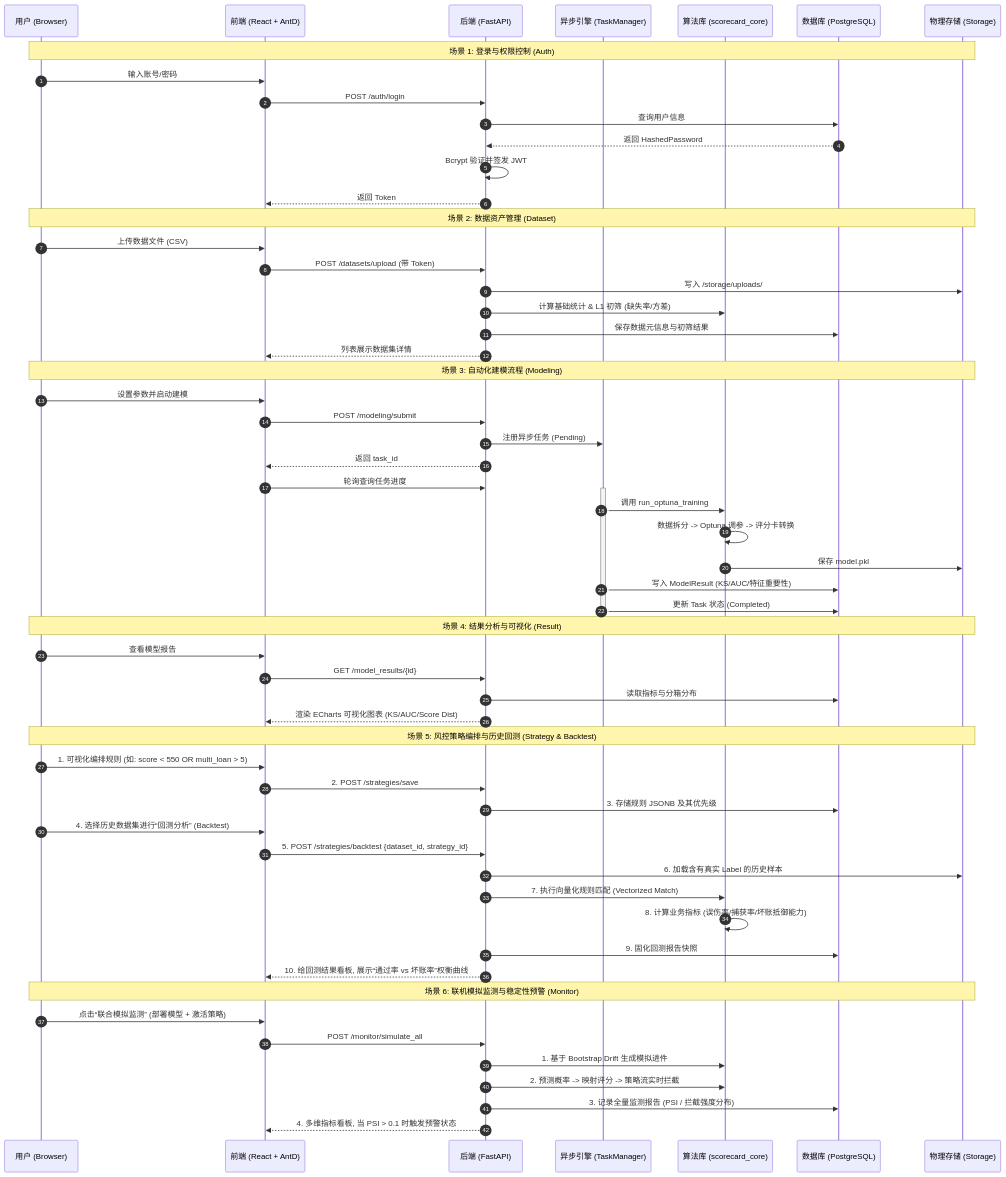
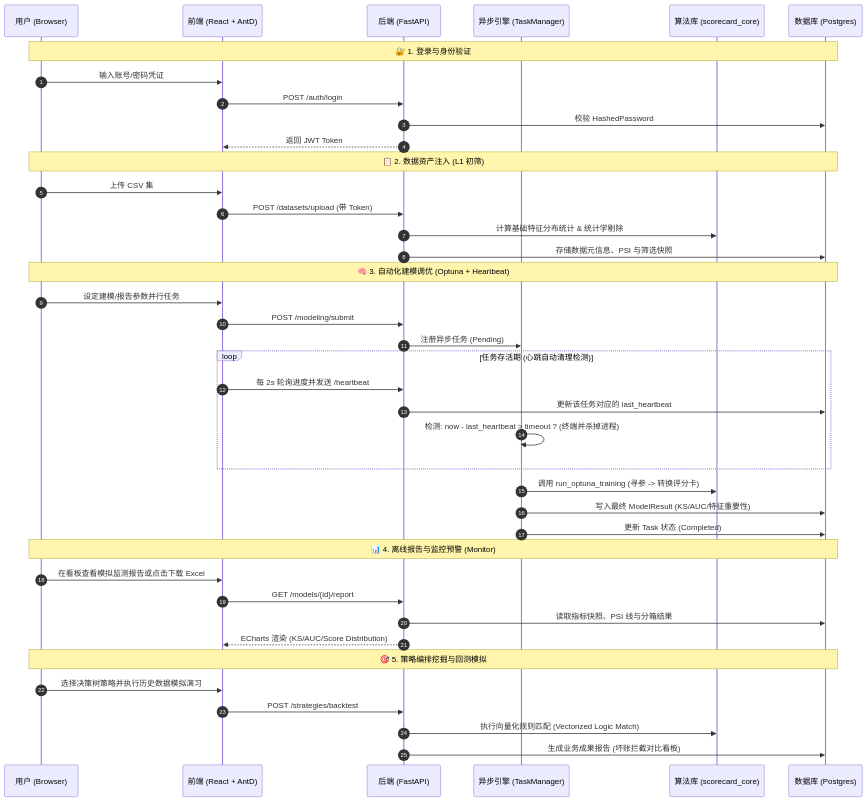
One commit to peppaonigiri/AutoScorecard changed the diagram in README.md. Above: the diagram before and after it, drawn with Mermaid. The commit also changed other lines of this file and 8 other files, not shown here.

````diff
--- a/README.md
+++ b/README.md
@@ -54,69 +70,47 @@
 ```mermaid
 sequenceDiagram
     autonumber
     participant User as 用户 (Browser)
     participant Front as 前端 (React + AntD)
     participant API as 后端 (FastAPI)
     participant Task as 异步引擎 (TaskManager)
     participant Core as 算法库 (scorecard_core)
-    participant DB as 数据库 (PostgreSQL)
-    participant Disk as 物理存储 (Storage)
+    participant DB as 数据库 (Postgres)
 
-    Note over User, Disk: 场景 1: 登录与权限控制 (Auth)
-    User->>Front: 输入账号/密码
+    Note over User, DB: 🔐 1. 登录与身份验证
+    User->>Front: 输入账号/密码凭证
     Front->>API: POST /auth/login
-    API->>DB: 查询用户信息
-    DB-->>API: 返回 HashedPassword
-    API->>API: Bcrypt 验证并签发 JWT
-    API-->>Front: 返回 Token
-
-    Note over User, Disk: 场景 2: 数据资产管理 (Dataset)
-    User->>Front: 上传数据文件 (CSV)
+    API->>DB: 校验 HashedPassword
+    API-->>Front: 返回 JWT Token
+    
+    Note over User, DB: 📋 2. 数据资产注入 (L1 初筛)
+    User->>Front: 上传 CSV 集
     Front->>API: POST /datasets/upload (带 Token)
-    API->>Disk: 写入 /storage/uploads/
-    API->>Core: 计算基础统计 & L1 初筛 (缺失率/方差)
-    API->>DB: 保存数据元信息与初筛结果
-    API-->>Front: 列表展示数据集详情
-
-    Note over User, Disk: 场景 3: 自动化建模流程 (Modeling)
-    User->>Front: 设置参数并启动建模
+    API->>Core: 计算基础特征分布统计 & 统计学剔除
+    API->>DB: 存储数据元信息、PSI 与筛选快照
+    
+    Note over User, DB: 🧠 3. 自动化建模调优 (Optuna + Heartbeat)
+    User->>Front: 设定建模/报告参数并行任务
     Front->>API: POST /modeling/submit
     API->>Task: 注册异步任务 (Pending)
-    API-->>Front: 返回 task_id
-    Front->>API: 轮询查询任务进度
+    loop 任务存活期 (心跳自动清理检测)
+        Front->>API: 每 2s 轮询进度并发送 /heartbeat
+        API->>DB: 更新该任务对应的 last_heartbeat
+        Task->>Task: 检测: now - last_heartbeat > timeout ? (终端并杀掉进程)
+    end
+    Task->>Core: 调用 run_optuna_training (寻参 -> 转换评分卡)
+    Task->>DB: 写入最终 ModelResult (KS/AUC/特征重要性)
+    Task->>DB: 更新 Task 状态 (Completed)
     
-    activate Task
-    Task->>Core: 调用 run_optuna_training
-    Core->>Core: 数据拆分 -> Optuna 调参 -> 评分卡转换
-    Core->>Disk: 保存 model.pkl
-    Task->>DB: 写入 ModelResult (KS/AUC/特征重要性)
-    Task->>DB: 更新 Task 状态 (Completed)
-    deactivate Task
-
-    Note over User, Disk: 场景 4: 结果分析与可视化 (Result)
-    User->>Front: 查看模型报告
-    Front->>API: GET /model_results/{id}
-    API->>DB: 读取指标与分箱分布
-    API-->>Front: 渲染 ECharts 可视化图表 (KS/AUC/Score Dist)
-
-    Note over User, Disk: 场景 5: 风控策略编排与历史回测 (Strategy & Backtest)
-    User->>Front: 1. 可视化编排规则 (如: score < 550 OR multi_loan > 5)
-    Front->>API: 2. POST /strategies/save
-    API->>DB: 3. 存储规则 JSONB 及其优先级
+    Note over User, DB: 📊 4. 离线报告与监控预警 (Monitor)
+    User->>Front: 在看板查看模拟监测报告或点击下载 Excel
+    Front->>API: GET /models/{id}/report
+    API->>DB: 读取指标快照、PSI 线与分箱结果
+    API-->>Front: ECharts 渲染 (KS/AUC/Score Distribution)
     
-    User->>Front: 4. 选择历史数据集进行“回测分析” (Backtest)
-    Front->>API: 5. POST /strategies/backtest {dataset_id, strategy_id}
-    API->>Disk: 6. 加载含有真实 Label 的历史样本
-    API->>Core: 7. 执行向量化规则匹配 (Vectorized Match)
-    Core->>Core: 8. 计算业务指标 (误伤率/捕获率/坏账抵御能力)
-    API->>DB: 9. 固化回测报告快照
-    API-->>Front: 10. 给回测结果看板, 展示“通过率 vs 坏账率”权衡曲线
-
-    Note over User, Disk: 场景 6: 联机模拟监测与稳定性预警 (Monitor)
-    User->>Front: 点击“联合模拟监测” (部署模型 + 激活策略)
-    Front->>API: POST /monitor/simulate_all
-    API->>Core: 1. 基于 Bootstrap Drift 生成模拟进件
-    API->>Core: 2. 预测概率 -> 映射评分 -> 策略流实时拦截
-    API->>DB: 3. 记录全量监测报告 (PSI / 拦截强度分布)
-    API-->>Front: 4. 多维指标看板, 当 PSI > 0.1 时触发预警状态
+    Note over User, DB: 🎯 5. 策略编排挖掘与回测模拟
+    User->>Front: 选择决策树策略并执行历史数据模拟演习
+    Front->>API: POST /strategies/backtest
+    API->>Core: 执行向量化规则匹配 (Vectorized Logic Match)
+    API->>DB: 生成业务成果报告 (坏账拦截对比看板)
 ```
````
